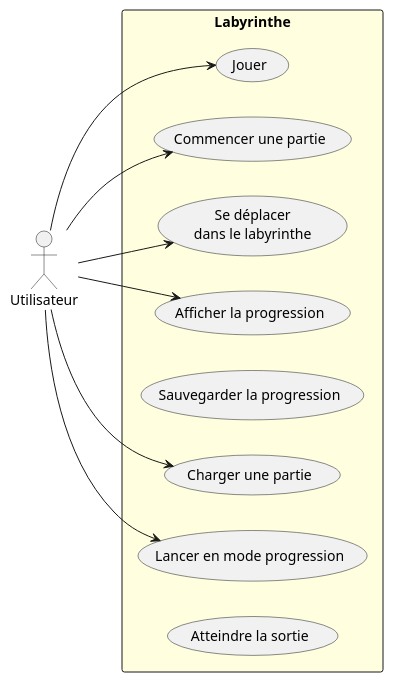
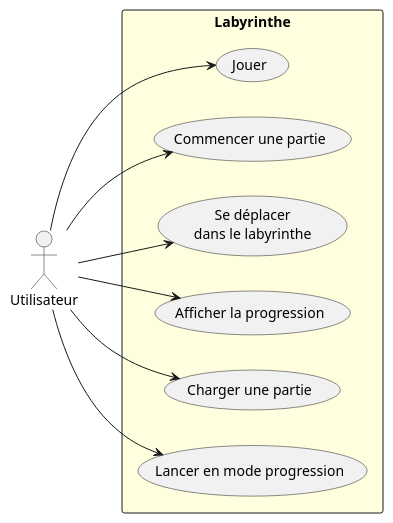
One commit to blavogiez/developpement-modulab-Semestre3 changed the diagram in rapports/analyse/diagramme.puml. Above: the diagram before and after it, drawn with PlantUML. The commit also changed 39 other files, not shown here.

```diff
--- a/rapports/analyse/diagramme.puml
+++ b/rapports/analyse/diagramme.puml
@@ -1,24 +1,23 @@
 @startuml Labyrinthe
 left to right direction
 
 actor "Utilisateur" as us
 
 rectangle Labyrinthe #lightyellow {
   usecase "Jouer" as UC1
   usecase "Commencer une partie" as UC2
   usecase "Se déplacer\ndans le labyrinthe" as UC3
   usecase "Afficher la progression" as UC4
-  usecase "Sauvegarder la progression" as UC5
+' usecase "Sauvegarder la progression" as UC5
   usecase "Charger une partie" as UC6
   usecase "Lancer en mode progression" as UC7
-  usecase "Atteindre la sortie" as UC8
 }
 
 ' Relations principales (acteur -> cas d'utilisation)
 us --> UC1
 us --> UC2
 us --> UC3
 us --> UC4
 us --> UC6
 us --> UC7
 @enduml
```
